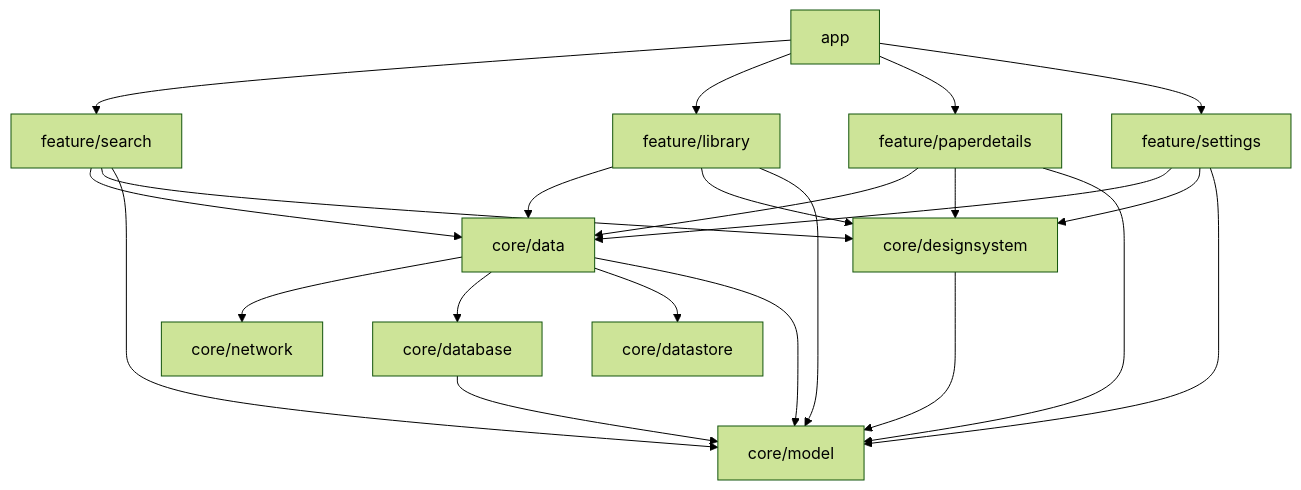
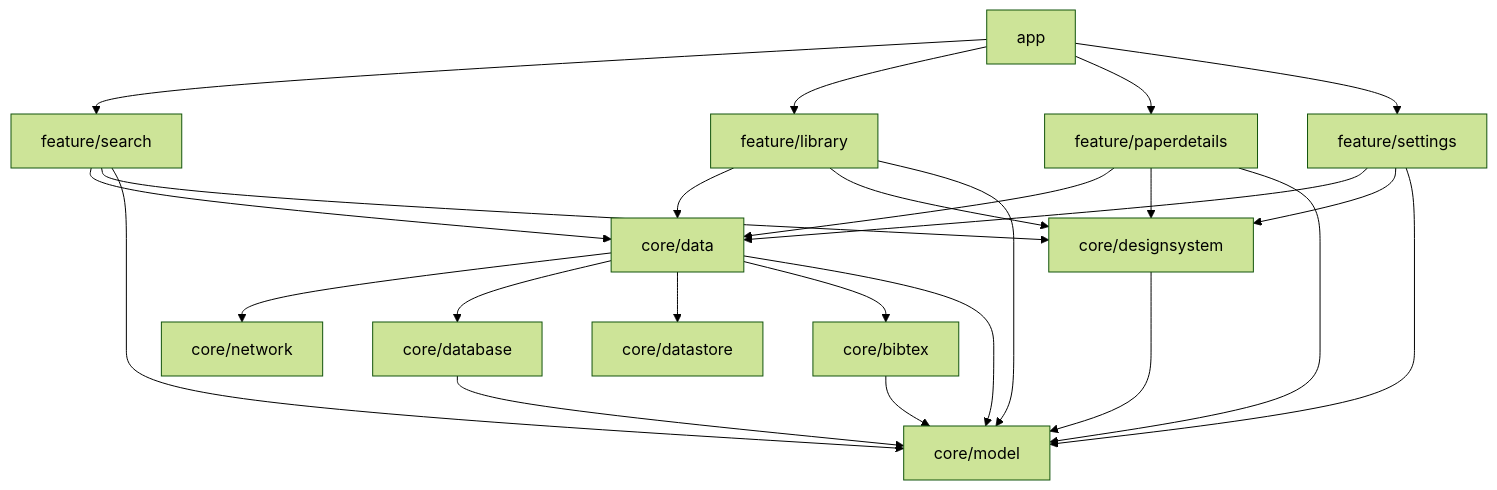
One commit to FadyFouad/Hashiya changed the diagram in README.md. Above: the diagram before and after it, drawn with Mermaid (forest theme). The commit also changed other lines of this file and 2 other files, not shown here.

````diff
--- a/README.md
+++ b/README.md
@@ -29,8 +30,9 @@
 ```mermaid
 graph TD
     app --> feature/search & feature/library & feature/paperdetails & feature/settings
     feature/search & feature/library & feature/paperdetails & feature/settings --> core/data & core/designsystem & core/model
     core/designsystem --> core/model
     core/database --> core/model
-    core/data --> core/network & core/database & core/datastore & core/model
+    core/data --> core/network & core/database & core/datastore & core/bibtex & core/model
+    core/bibtex --> core/model
 ```
````
